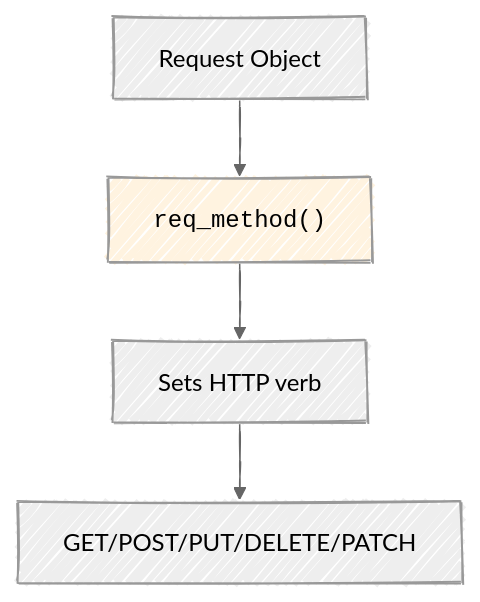
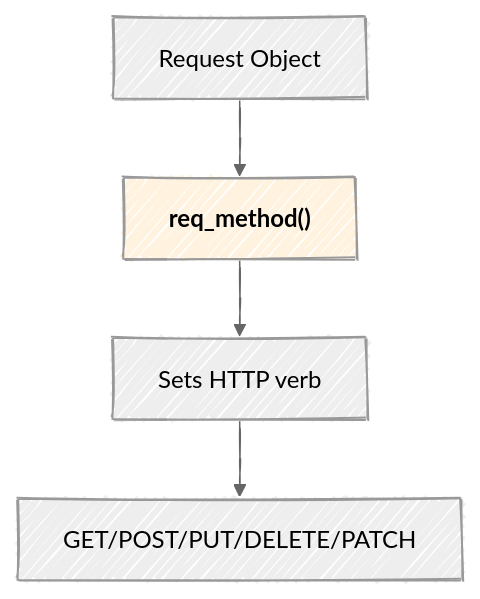
Before and after one commit to mjfrigaard/do4ds-labs: the second of 10 diagrams in r-app-api.qmd, drawn with Mermaid. The commit also changed other lines of this file and 34 other files, not shown here.

Commit message:
updates to mermaid

````diff
--- a/r-app-api.qmd
+++ b/r-app-api.qmd
@@ -304,12 +304,12 @@
 ```{mermaid}
 %%| fig-width: 6.5
 %%| fig-align: center
 %%{init: {'theme': 'neutral', 'look': 'handDrawn', 'themeVariables': { 'fontFamily': 'monospace'}}}%%
 
 graph TD
-	A[Request Object] --> B["<code>req_method()</code>"]
+	A[Request Object] --> B["<strong>req_method()</strong>"]
 	B --> C[Sets HTTP verb]
 	C --> D[GET/POST/PUT/DELETE/PATCH]
 
 style B fill:#fff3e0
 ```
````
